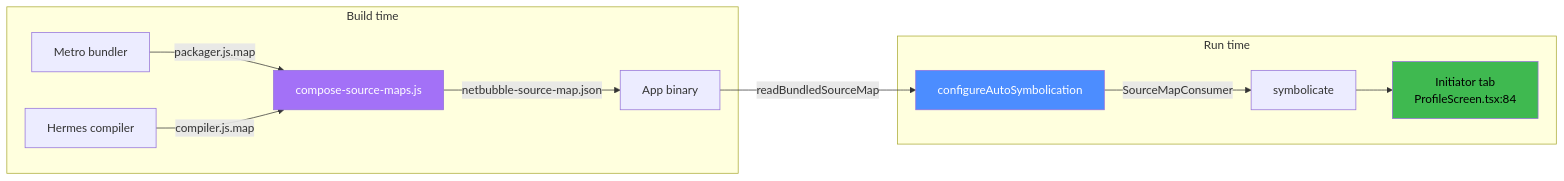
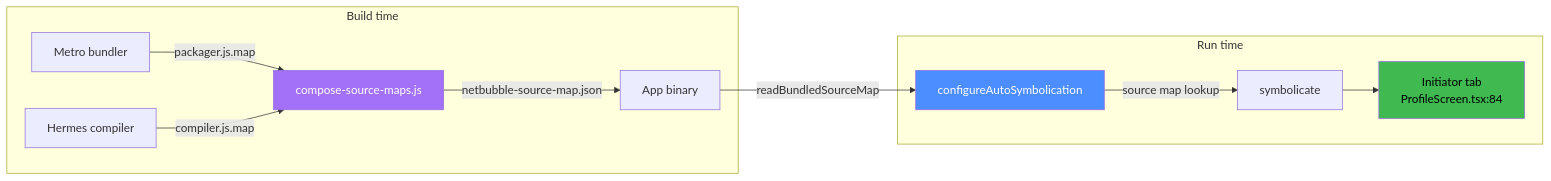
The fifth of 6 diagrams in README.md (2004durgesh/react-native-net-bubble), drawn with Mermaid before and after one commit. The commit also changed other lines of this file and 8 other files, not shown here.

````diff
--- a/README.md
+++ b/README.md
@@ -398,18 +374,18 @@
 ```mermaid
 flowchart LR
     subgraph Build time
         M[Metro bundler] -->|packager.js.map| C
         H[Hermes compiler] -->|compiler.js.map| C
         C[compose-source-maps.js] -->|netbubble-source-map.json| B[App binary]
     end
 
     subgraph Run time
         B -->|readBundledSourceMap| AS[configureAutoSymbolication]
-        AS -->|SourceMapConsumer| SR[symbolicate]
+        AS -->|source map lookup| SR[symbolicate]
         SR --> UI[Initiator tab\nProfileScreen.tsx:84]
     end
 
     style C fill:#a371f7,color:#fff
     style AS fill:#4c8dff,color:#fff
     style UI fill:#3fb950,color:#000
 ```
````
